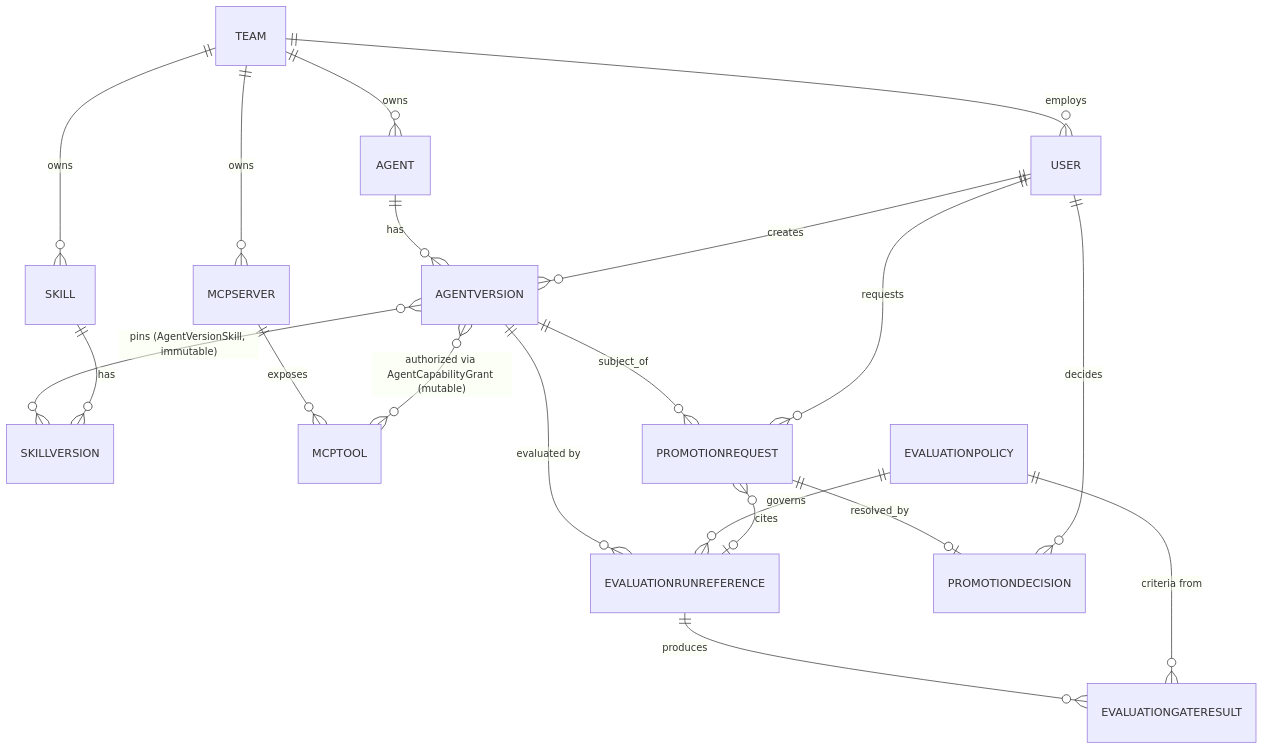
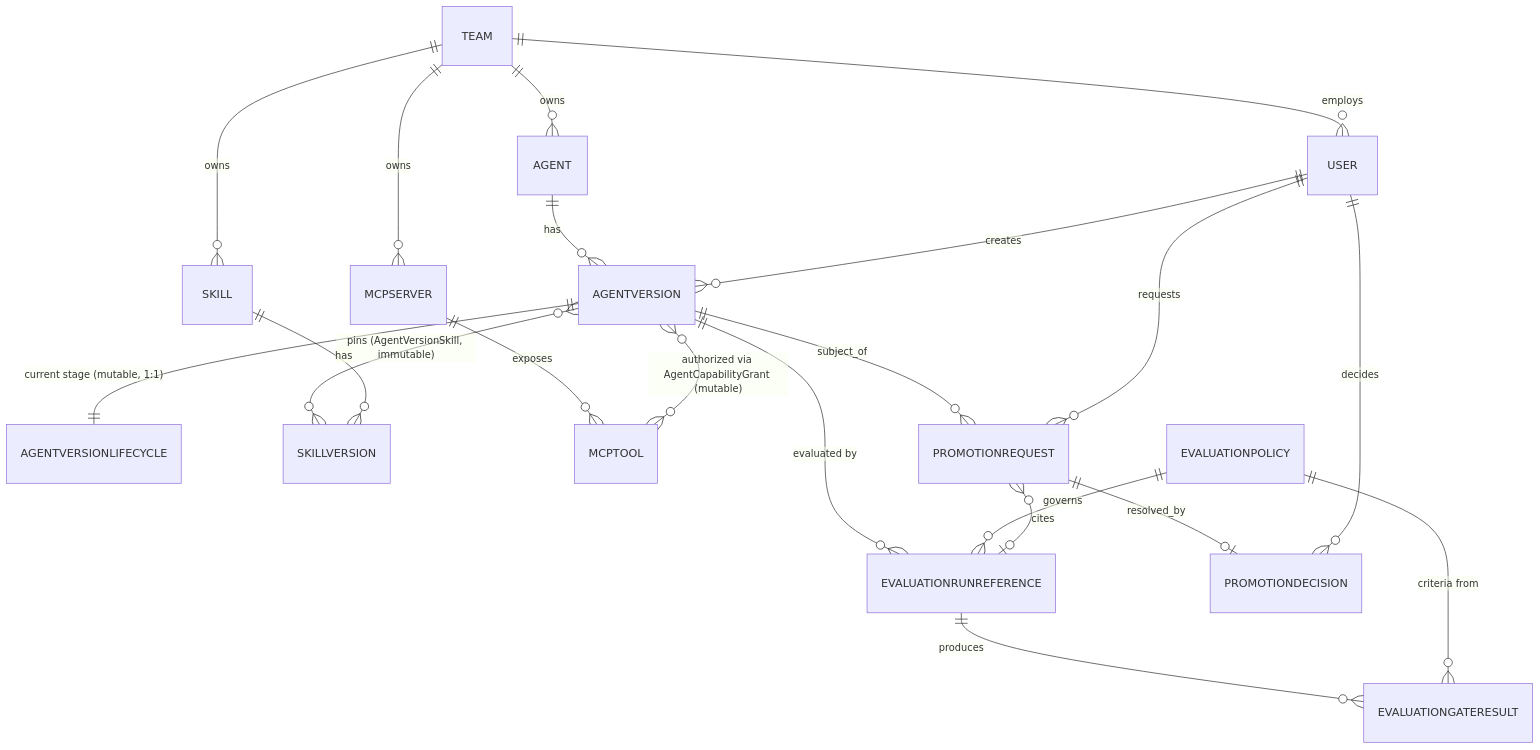
One commit to fegbewunmi/agent-developer-platform changed the diagram in docs/domain-model.md. Above: the diagram before and after it, drawn with Mermaid. The commit also changed other lines of this file and 13 other files, not shown here.

````diff
--- a/docs/domain-model.md
+++ b/docs/domain-model.md
@@ -81,27 +86,28 @@
 ```mermaid
 erDiagram
     TEAM ||--o{ USER : employs
     TEAM ||--o{ AGENT : owns
     TEAM ||--o{ SKILL : owns
     TEAM ||--o{ MCPSERVER : owns
 
     AGENT ||--o{ AGENTVERSION : has
+    AGENTVERSION ||--|| AGENTVERSIONLIFECYCLE : "current stage (mutable, 1:1)"
     AGENTVERSION }o--o{ SKILLVERSION : "pins (AgentVersionSkill, immutable)"
     SKILL ||--o{ SKILLVERSION : has
 
     MCPSERVER ||--o{ MCPTOOL : exposes
     AGENTVERSION }o--o{ MCPTOOL : "authorized via AgentCapabilityGrant (mutable)"
 
     AGENTVERSION ||--o{ EVALUATIONRUNREFERENCE : "evaluated by"
     EVALUATIONPOLICY ||--o{ EVALUATIONRUNREFERENCE : governs
     EVALUATIONRUNREFERENCE ||--o{ EVALUATIONGATERESULT : produces
     EVALUATIONPOLICY ||--o{ EVALUATIONGATERESULT : "criteria from"
 
     AGENTVERSION ||--o{ PROMOTIONREQUEST : subject_of
     PROMOTIONREQUEST ||--o| PROMOTIONDECISION : resolved_by
     PROMOTIONREQUEST }o--o| EVALUATIONRUNREFERENCE : cites
 
     USER ||--o{ AGENTVERSION : creates
     USER ||--o{ PROMOTIONREQUEST : requests
     USER ||--o{ PROMOTIONDECISION : decides
 ```
````
